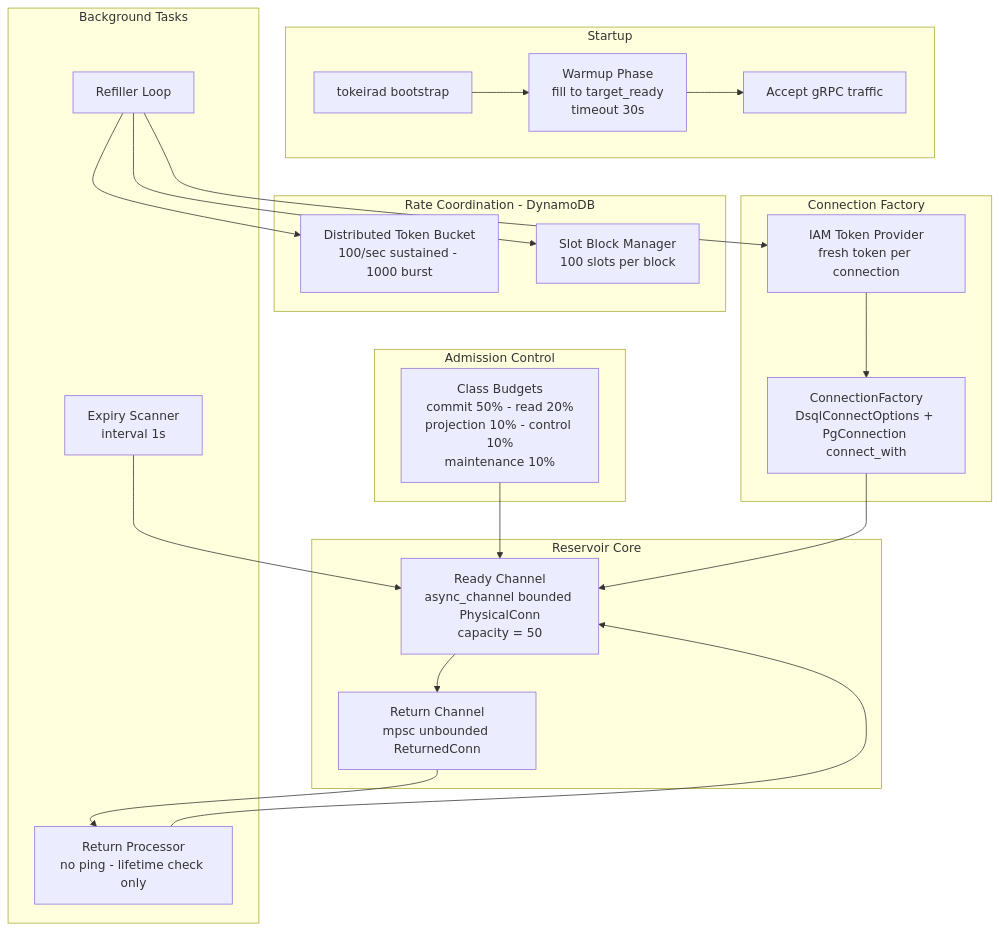
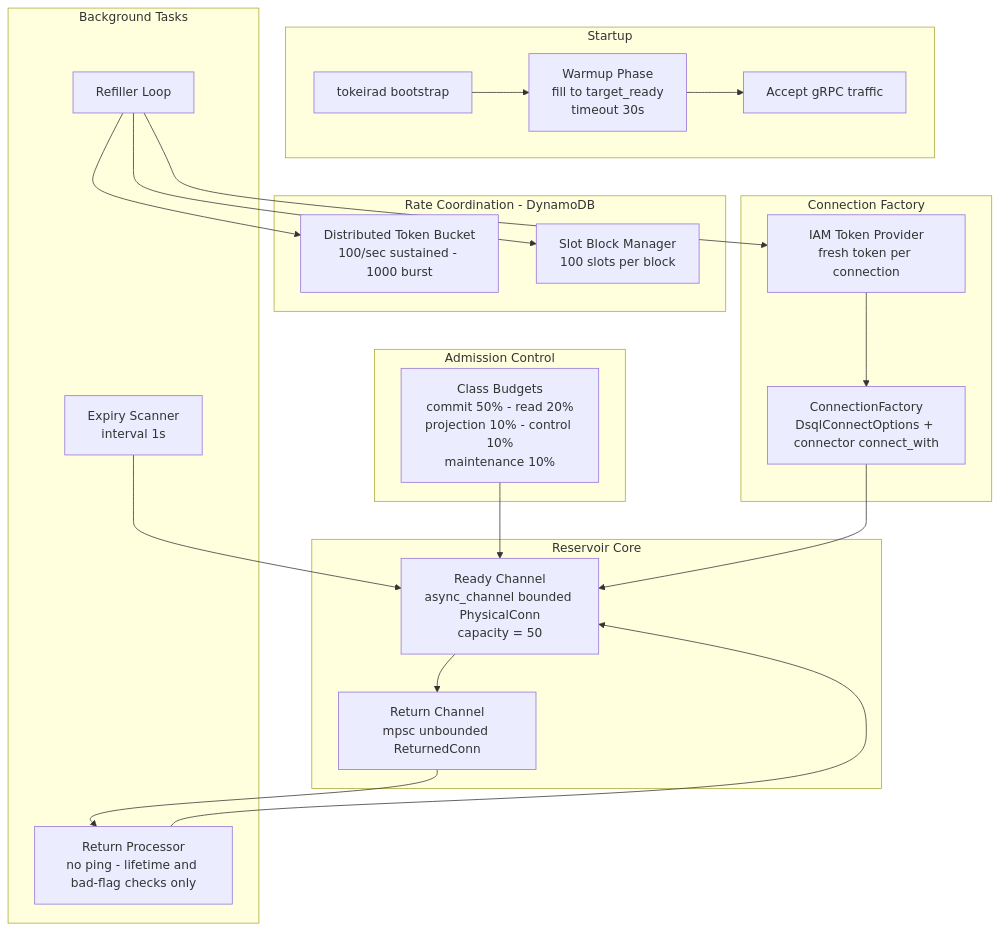
One commit to tokeira/tokeira changed the diagram in .kiro/specs/dsql-reservoir-redesign/design.md. Above: the diagram before and after it, drawn with Mermaid. The commit also changed other lines of this file and 20 other files, not shown here.

````diff
--- a/.kiro/specs/dsql-reservoir-redesign/design.md
+++ b/.kiro/specs/dsql-reservoir-redesign/design.md
@@ -24,46 +24,46 @@
 ```mermaid
 graph TD
     subgraph "Startup"
         BOOT[tokeirad bootstrap]
         WARMUP[Warmup Phase<br/>fill to target_ready<br/>timeout 30s]
         GRPC[Accept gRPC traffic]
     end
 
     subgraph "Reservoir Core"
         READY[Ready Channel<br/>async_channel bounded PhysicalConn<br/>capacity = 50]
         RETURN_CH[Return Channel<br/>mpsc unbounded ReturnedConn]
     end
 
     subgraph "Background Tasks"
         REFILLER[Refiller Loop]
         SCANNER[Expiry Scanner<br/>interval 1s]
-        RETURN_PROC[Return Processor<br/>no ping - lifetime check only]
+        RETURN_PROC[Return Processor<br/>no ping - lifetime and bad-flag checks only]
     end
 
     subgraph "Rate Coordination - DynamoDB"
         DIST_BUCKET[Distributed Token Bucket<br/>100/sec sustained - 1000 burst]
         SLOT_MGR[Slot Block Manager<br/>100 slots per block]
     end
 
     subgraph "Connection Factory"
         IAM[IAM Token Provider<br/>fresh token per connection]
-        FACTORY[ConnectionFactory<br/>DsqlConnectOptions + PgConnection connect_with]
+        FACTORY[ConnectionFactory<br/>DsqlConnectOptions + connector connect_with]
     end
 
     subgraph "Admission Control"
         CLASS[Class Budgets<br/>commit 50% - read 20%<br/>projection 10% - control 10%<br/>maintenance 10%]
     end
 
     BOOT --> WARMUP
     WARMUP --> GRPC
     CLASS --> READY
     READY --> RETURN_CH
     RETURN_CH --> RETURN_PROC
     RETURN_PROC --> READY
     REFILLER --> DIST_BUCKET
     REFILLER --> SLOT_MGR
     REFILLER --> IAM
     IAM --> FACTORY
     FACTORY --> READY
     SCANNER --> READY
 ```
````
